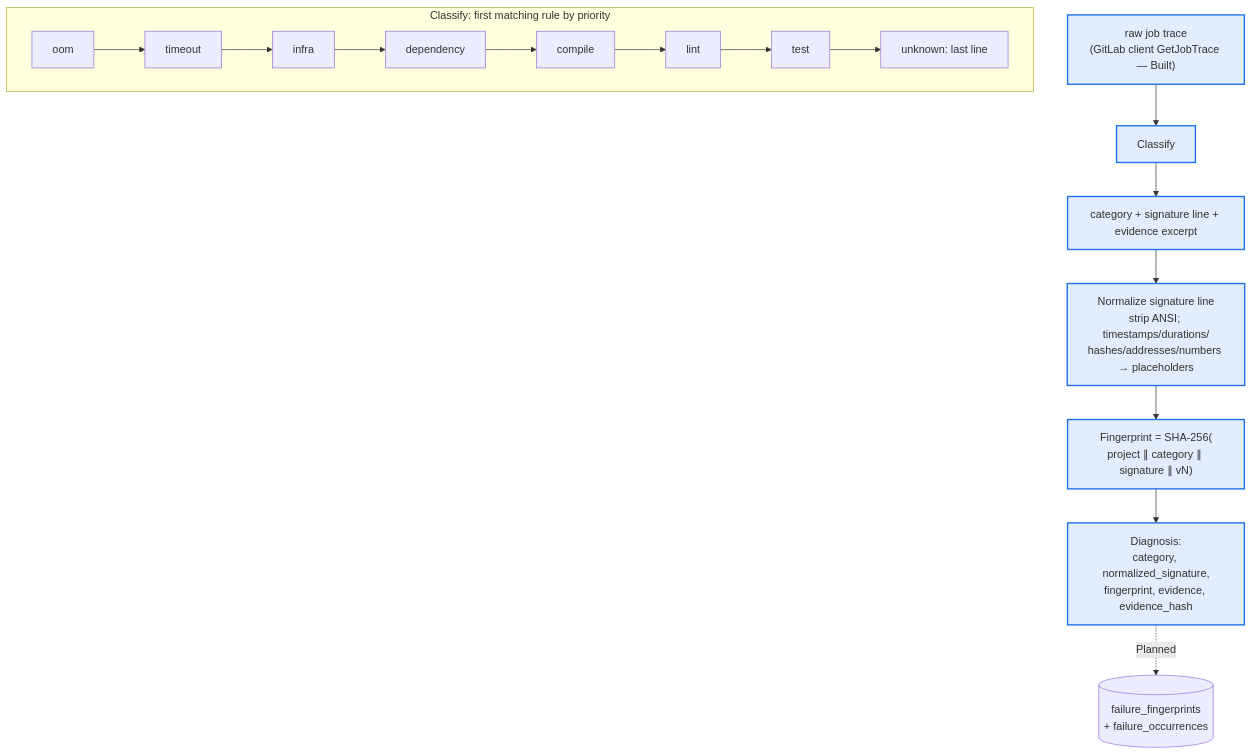
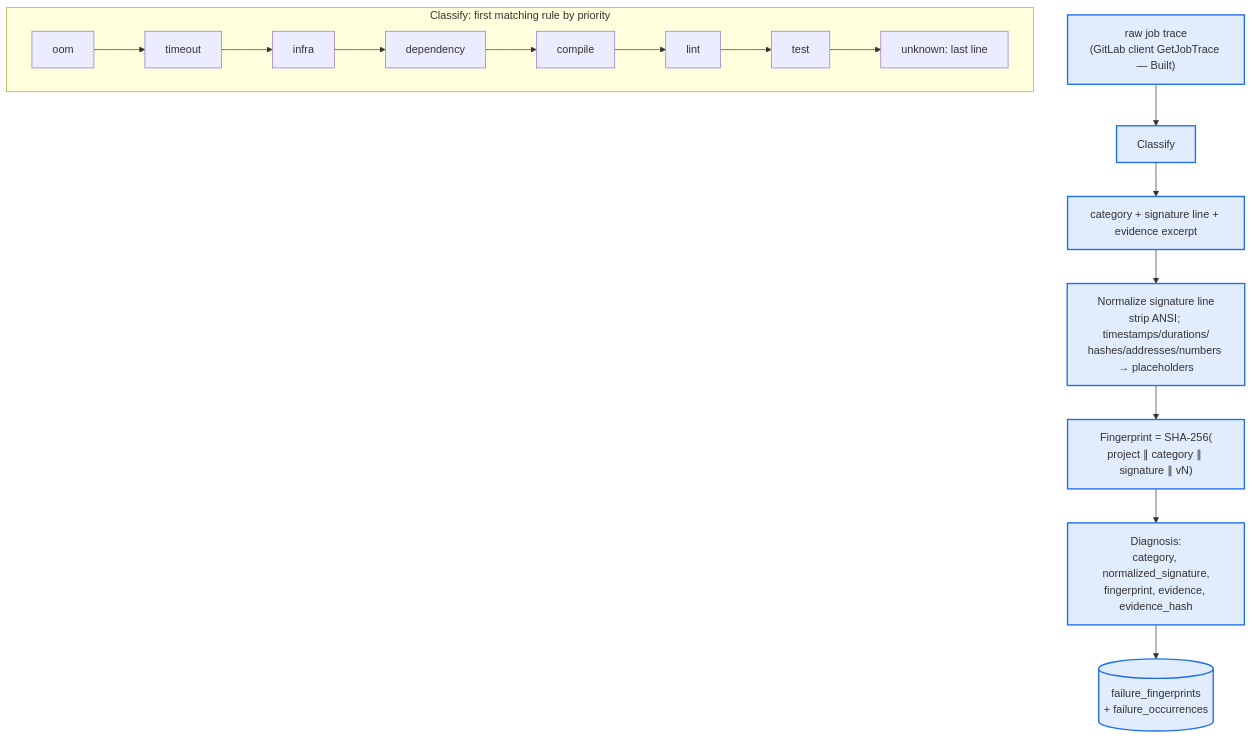
One commit to Jeston10/PipelineSherlock changed diagram 11 of 12 in docs/architecture.md. Above: the diagram before and after it, drawn with Mermaid. The commit also changed other lines of this file and 12 other files, not shown here.

First line of the commit message:
feat: M2 slice 2 — persist failure fingerprints and wire into the worker

````diff
--- a/docs/architecture.md
+++ b/docs/architecture.md
@@ -414,16 +415,16 @@
 ```mermaid
 flowchart TD
     TRACE["raw job trace<br/>(GitLab client GetJobTrace — Built)"] --> CLS[Classify]
     subgraph CLSS[Classify: first matching rule by priority]
         R1[oom] --> R2[timeout] --> R3[infra] --> R4[dependency]
         R4 --> R5[compile] --> R6[lint] --> R7[test] --> R8[unknown: last line]
     end
     CLS --> PICK[category + signature line + evidence excerpt]
     PICK --> NORM["Normalize signature line<br/>strip ANSI; timestamps/durations/<br/>hashes/addresses/numbers → placeholders"]
     NORM --> FP["Fingerprint = SHA-256(<br/>project ∥ category ∥ signature ∥ vN)"]
     FP --> DIAG[Diagnosis:<br/>category, normalized_signature,<br/>fingerprint, evidence, evidence_hash]
-    DIAG -.Planned.-> STORE[(failure_fingerprints<br/>+ failure_occurrences)]
+    DIAG --> STORE[(failure_fingerprints<br/>+ failure_occurrences)]
 
     classDef built fill:#1f6feb22,stroke:#1f6feb,stroke-width:2px;
-    class TRACE,CLS,PICK,NORM,FP,DIAG built;
+    class TRACE,CLS,PICK,NORM,FP,DIAG,STORE built;
 ```
````
